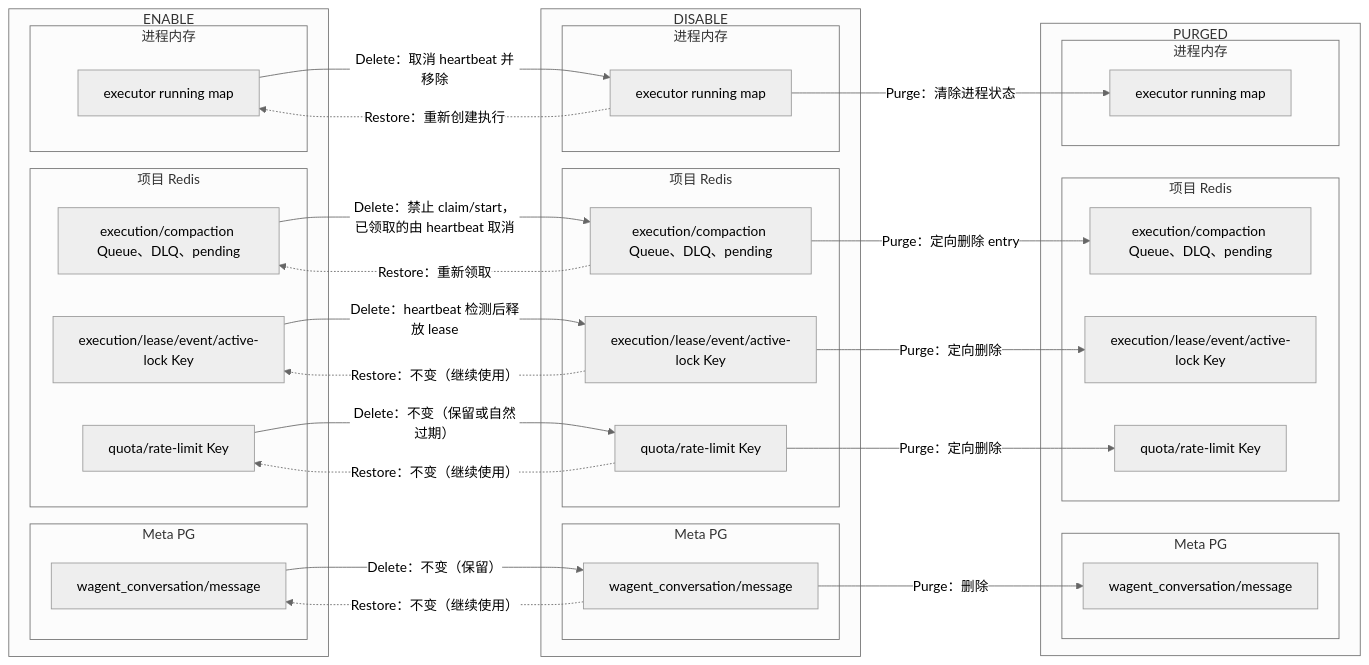
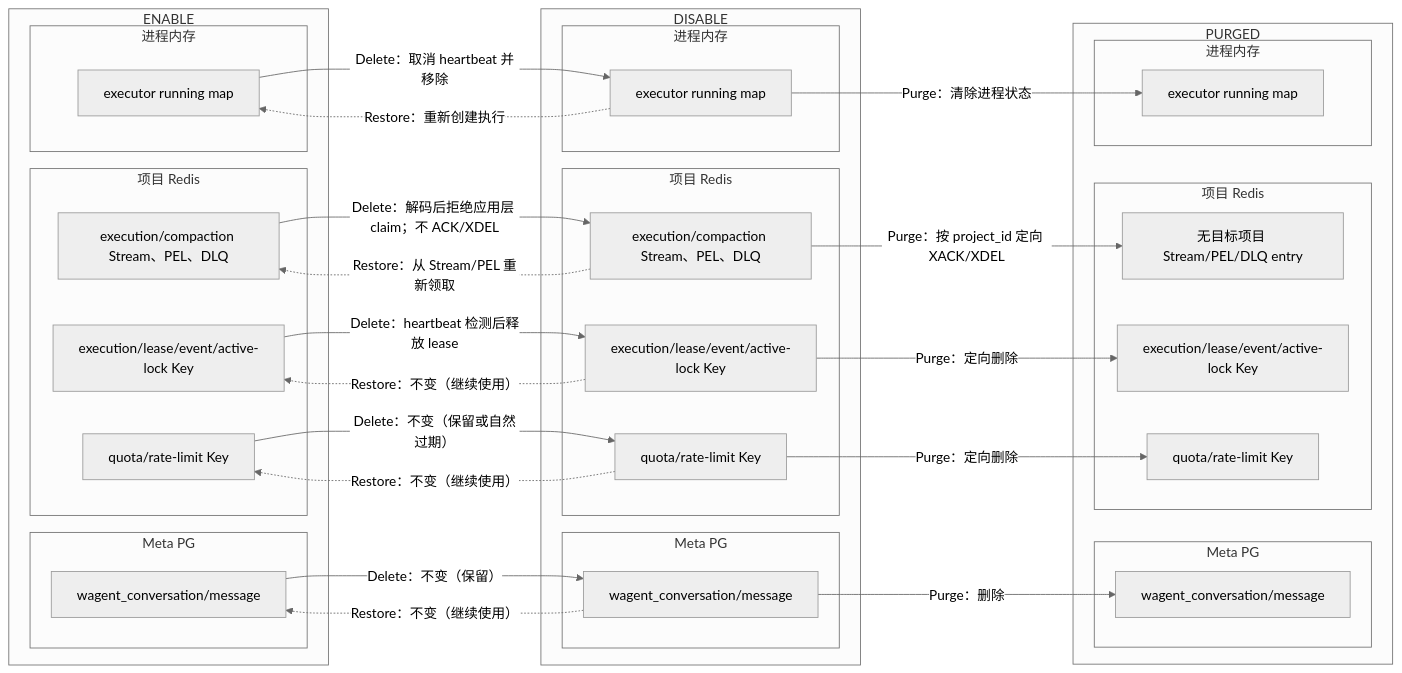
The tenth of 22 diagrams in specs/20260716-Wave-Refac-OrganizationProjectLifecycle/04-detail.md (qinwenshiCH/workflow), drawn with Mermaid (neutral theme) before and after one commit. The commit also changed other lines of this file and 3 other files, not shown here.

````diff
--- a/specs/20260716-Wave-Refac-OrganizationProjectLifecycle/04-detail.md
+++ b/specs/20260716-Wave-Refac-OrganizationProjectLifecycle/04-detail.md
@@ -636,60 +636,60 @@
 ```mermaid
 flowchart LR
     subgraph enable["ENABLE"]
         subgraph e_meta["Meta PG"]
             EMsg["wagent_conversation/message"]
         end
         subgraph e_redis["项目 Redis"]
-            EQueue["execution/compaction Queue、DLQ、pending"]
+            EQueue["execution/compaction Stream、PEL、DLQ"]
             ELease["execution/lease/event/active-lock Key"]
             EQuota["quota/rate-limit Key"]
         end
         subgraph e_memory["进程内存"]
             ERunning["executor running map"]
         end
     end
 
     subgraph disable["DISABLE"]
         subgraph d_meta["Meta PG"]
             DMsg["wagent_conversation/message"]
         end
         subgraph d_redis["项目 Redis"]
-            DQueue["execution/compaction Queue、DLQ、pending"]
+            DQueue["execution/compaction Stream、PEL、DLQ"]
             DLease["execution/lease/event/active-lock Key"]
             DQuota["quota/rate-limit Key"]
         end
         subgraph d_memory["进程内存"]
             DRunning["executor running map"]
         end
     end
 
     subgraph purged["PURGED"]
         subgraph p_meta["Meta PG"]
             PMsg["wagent_conversation/message"]
         end
         subgraph p_redis["项目 Redis"]
-            PQueue["execution/compaction Queue、DLQ、pending"]
+            PQueue["无目标项目 Stream/PEL/DLQ entry"]
             PLease["execution/lease/event/active-lock Key"]
             PQuota["quota/rate-limit Key"]
         end
         subgraph p_memory["进程内存"]
             PRunning["executor running map"]
         end
     end
 
     EMsg -->|Delete：不变（保留）| DMsg
-    EQueue -->|Delete：禁止 claim/start，已领取的由 heartbeat 取消| DQueue
+    EQueue -->|Delete：解码后拒绝应用层 claim；不 ACK/XDEL| DQueue
     ELease -->|Delete：heartbeat 检测后释放 lease| DLease
     EQuota -->|Delete：不变（保留或自然过期）| DQuota
     ERunning -->|Delete：取消 heartbeat 并移除| DRunning
     DMsg -.->|Restore：不变（继续使用）| EMsg
-    DQueue -.->|Restore：重新领取| EQueue
+    DQueue -.->|Restore：从 Stream/PEL 重新领取| EQueue
     DLease -.->|Restore：不变（继续使用）| ELease
     DQuota -.->|Restore：不变（继续使用）| EQuota
     DRunning -.->|Restore：重新创建执行| ERunning
     DMsg -->|Purge：删除| PMsg
-    DQueue -->|Purge：定向删除 entry| PQueue
+    DQueue -->|Purge：按 project_id 定向 XACK/XDEL| PQueue
     DLease -->|Purge：定向删除| PLease
     DQuota -->|Purge：定向删除| PQuota
     DRunning -->|Purge：清除进程状态| PRunning
 ```
````
